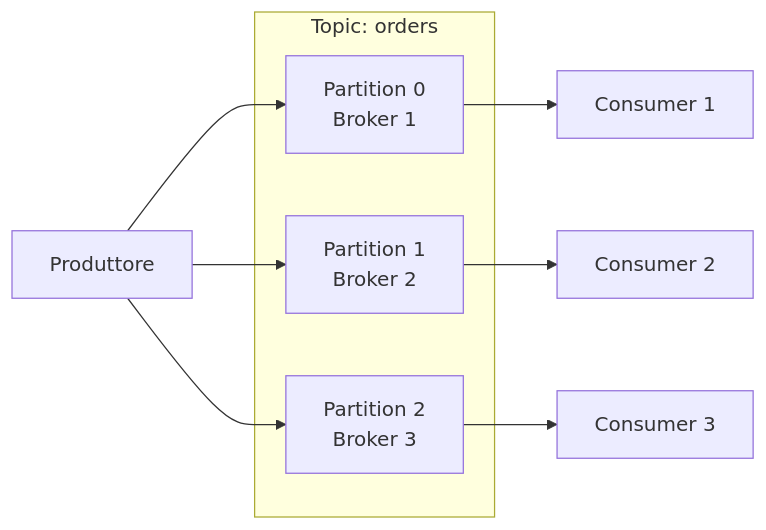
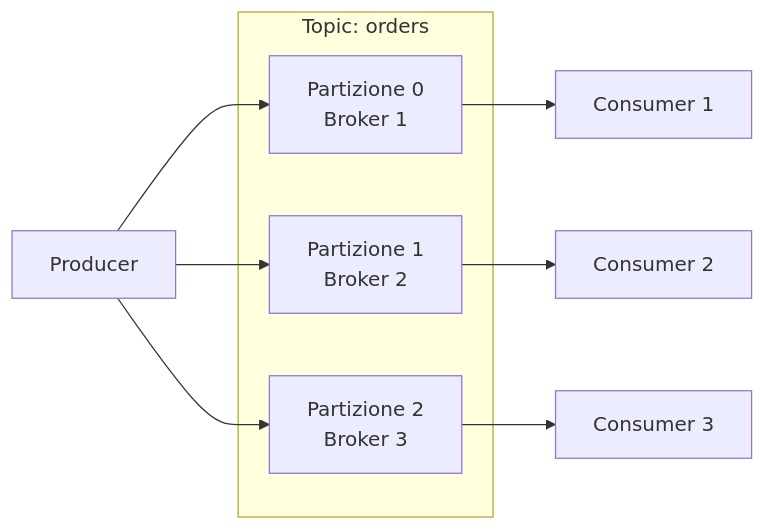
Before and after one commit to HidoraSwiss/hikube-public-doc: the second of 2 diagrams in i18n/it/docusaurus-plugin-content-docs/current/services/messaging/kafka/concepts.md, drawn with Mermaid. The commit also changed other lines of this file and 148 other files, not shown here.

````diff
--- a/i18n/it/docusaurus-plugin-content-docs/current/services/messaging/kafka/concepts.md
+++ b/i18n/it/docusaurus-plugin-content-docs/current/services/messaging/kafka/concepts.md
@@ -86,16 +83,16 @@
 ```mermaid
 graph LR
     subgraph "Topic: orders"
-        P0[Partition 0<br/>Broker 1]
-        P1[Partition 1<br/>Broker 2]
-        P2[Partition 2<br/>Broker 3]
+        P0[Partizione 0<br/>Broker 1]
+        P1[Partizione 1<br/>Broker 2]
+        P2[Partizione 2<br/>Broker 3]
     end
 
-    Prod[Produttore] --> P0
+    Prod[Producer] --> P0
     Prod --> P1
     Prod --> P2
 
     P0 --> C1[Consumer 1]
     P1 --> C2[Consumer 2]
     P2 --> C3[Consumer 3]
 ```
````
